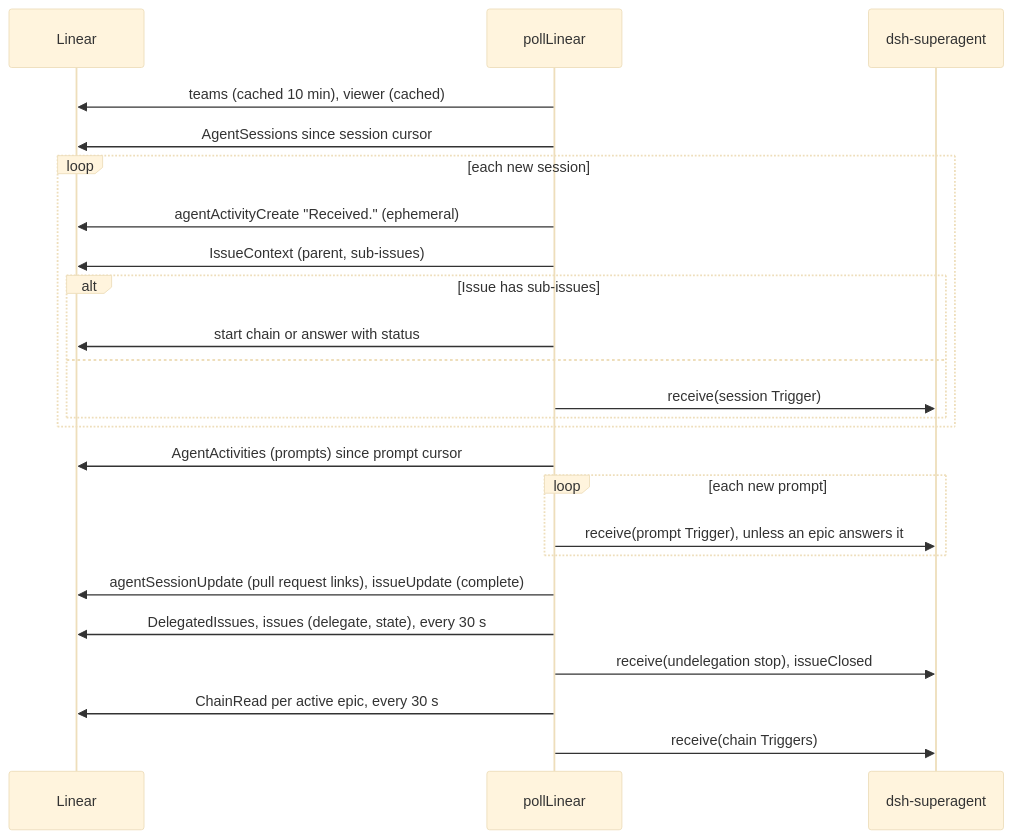
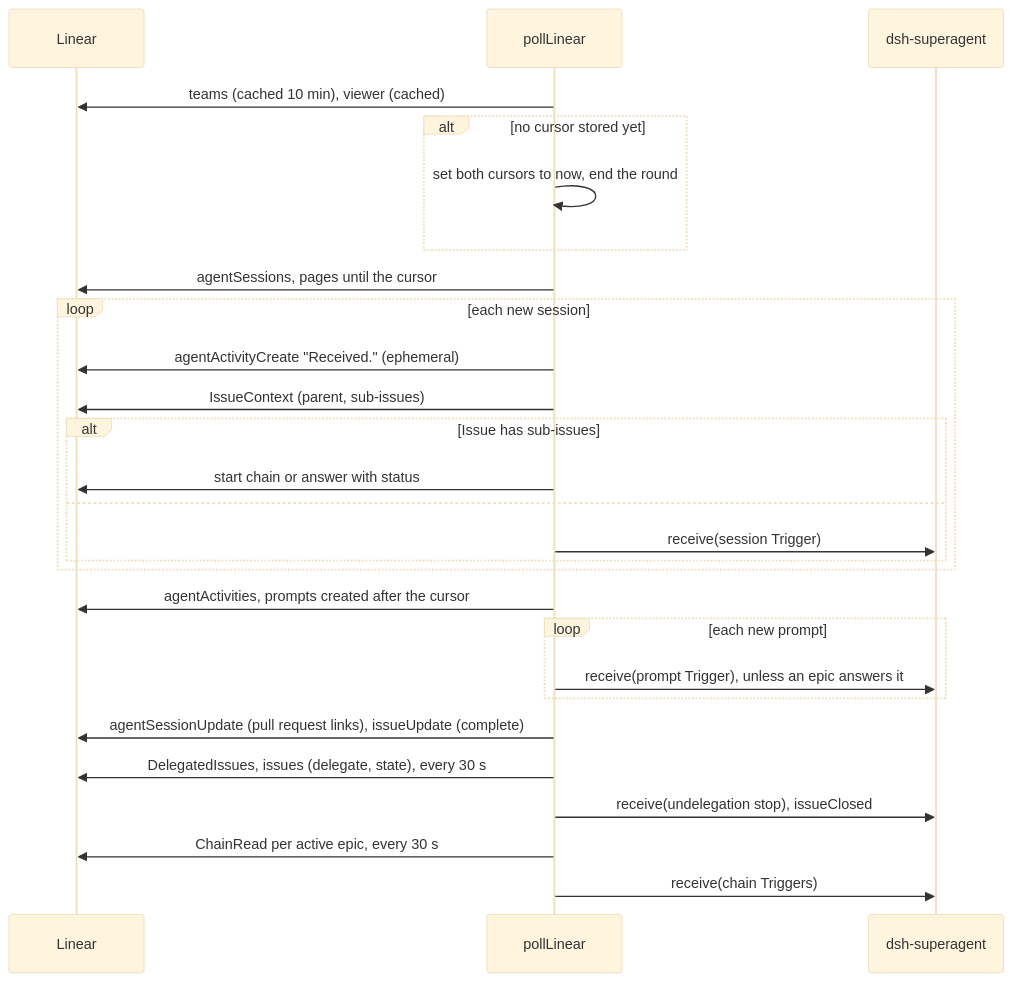
The third of 4 diagrams in docs/architecture.md (lkshrk/dsh-superagent-linear), drawn with Mermaid (base theme) before and after one commit. The commit also changed other lines of this file and 3 other files, not shown here.

````diff
--- a/docs/architecture.md
+++ b/docs/architecture.md
@@ -76,27 +76,30 @@
 ```mermaid
 sequenceDiagram
   participant L as Linear
   participant P as pollLinear
   participant H as dsh-superagent
 
   P->>L: teams (cached 10 min), viewer (cached)
-  P->>L: AgentSessions since session cursor
+  alt no cursor stored yet
+    P->>P: set both cursors to now, end the round
+  end
+  P->>L: agentSessions, pages until the cursor
   loop each new session
     P->>L: agentActivityCreate "Received." (ephemeral)
     P->>L: IssueContext (parent, sub-issues)
     alt Issue has sub-issues
       P->>L: start chain or answer with status
     else
       P->>H: receive(session Trigger)
     end
   end
-  P->>L: AgentActivities (prompts) since prompt cursor
+  P->>L: agentActivities, prompts created after the cursor
   loop each new prompt
     P->>H: receive(prompt Trigger), unless an epic answers it
   end
   P->>L: agentSessionUpdate (pull request links), issueUpdate (complete)
   P->>L: DelegatedIssues, issues (delegate, state), every 30 s
   P->>H: receive(undelegation stop), issueClosed
   P->>L: ChainRead per active epic, every 30 s
   P->>H: receive(chain Triggers)
 ```
````
